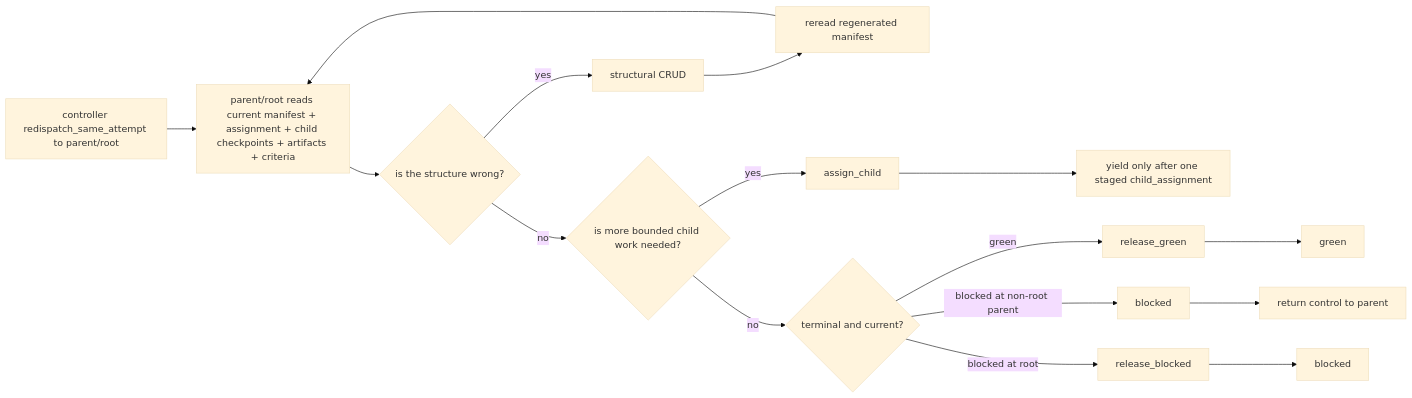
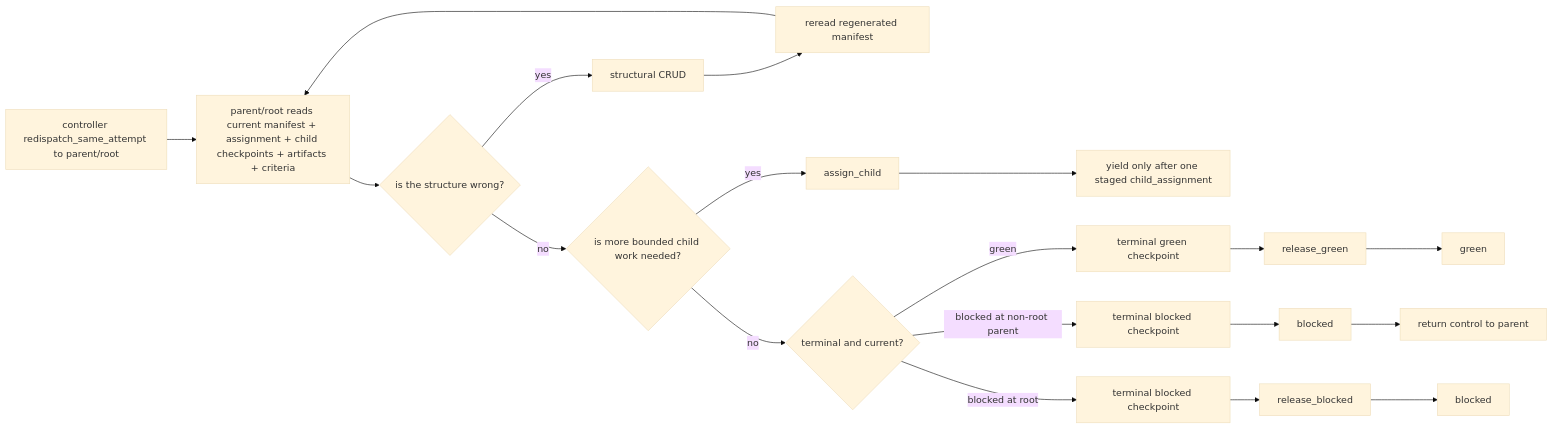
One commit to ringlochid/AutoClaw changed the diagram in docs-internal/design/v1/workflows/parent-root-release-and-closure.md. Above: the diagram before and after it, drawn with Mermaid (base theme). The commit also changed other lines of this file and 48 other files, not shown here.

````diff
--- a/docs-internal/design/v1/workflows/parent-root-release-and-closure.md
+++ b/docs-internal/design/v1/workflows/parent-root-release-and-closure.md
@@ -34,18 +34,21 @@
 ```mermaid
 flowchart LR
     A["controller redispatch_same_attempt to parent/root"] --> B["parent/root reads current manifest + assignment + child checkpoints + artifacts + criteria"]
     B --> C{"is the structure wrong?"}
     C -- yes --> D["structural CRUD"]
     D --> E["reread regenerated manifest"]
     E --> B
     C -- no --> F{"is more bounded child work needed?"}
     F -- yes --> G["assign_child"]
     G --> H["yield only after one staged child_assignment"]
     F -- no --> I{"terminal and current?"}
-    I -- green --> J["release_green"]
+    I -- green --> P["terminal green checkpoint"]
+    P --> J["release_green"]
     J --> K["green"]
-    I -- blocked at non-root parent --> N["blocked"]
+    I -- blocked at non-root parent --> Q["terminal blocked checkpoint"]
+    Q --> N["blocked"]
     N --> O["return control to parent"]
-    I -- blocked at root --> L["release_blocked"]
+    I -- blocked at root --> R["terminal blocked checkpoint"]
+    R --> L["release_blocked"]
     L --> M["blocked"]
 ```
````
